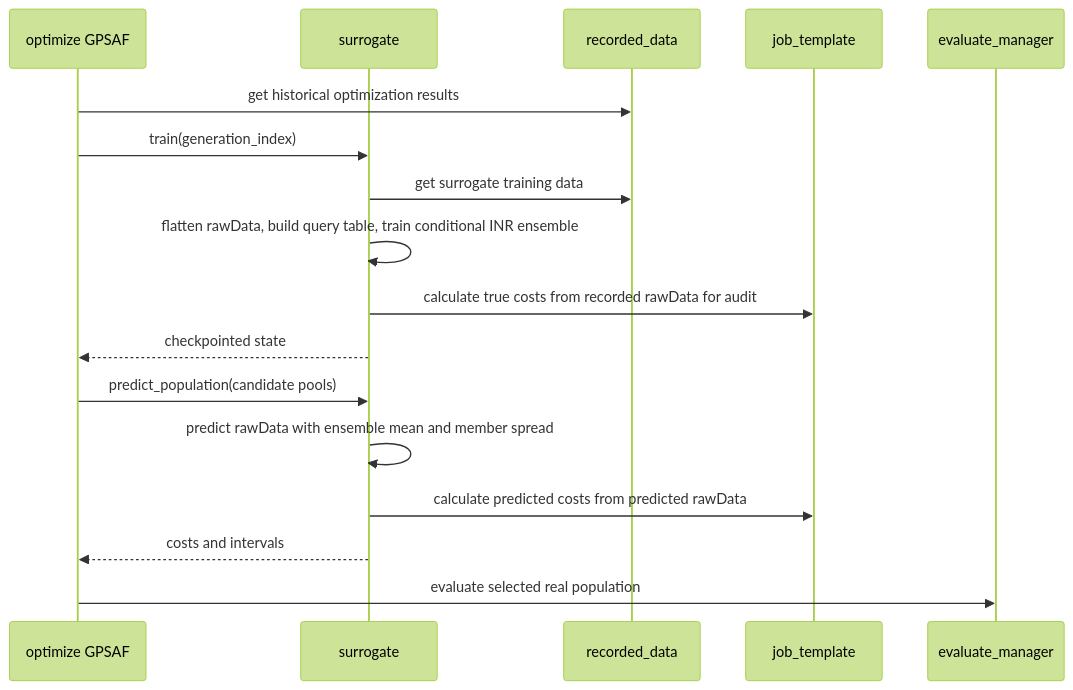
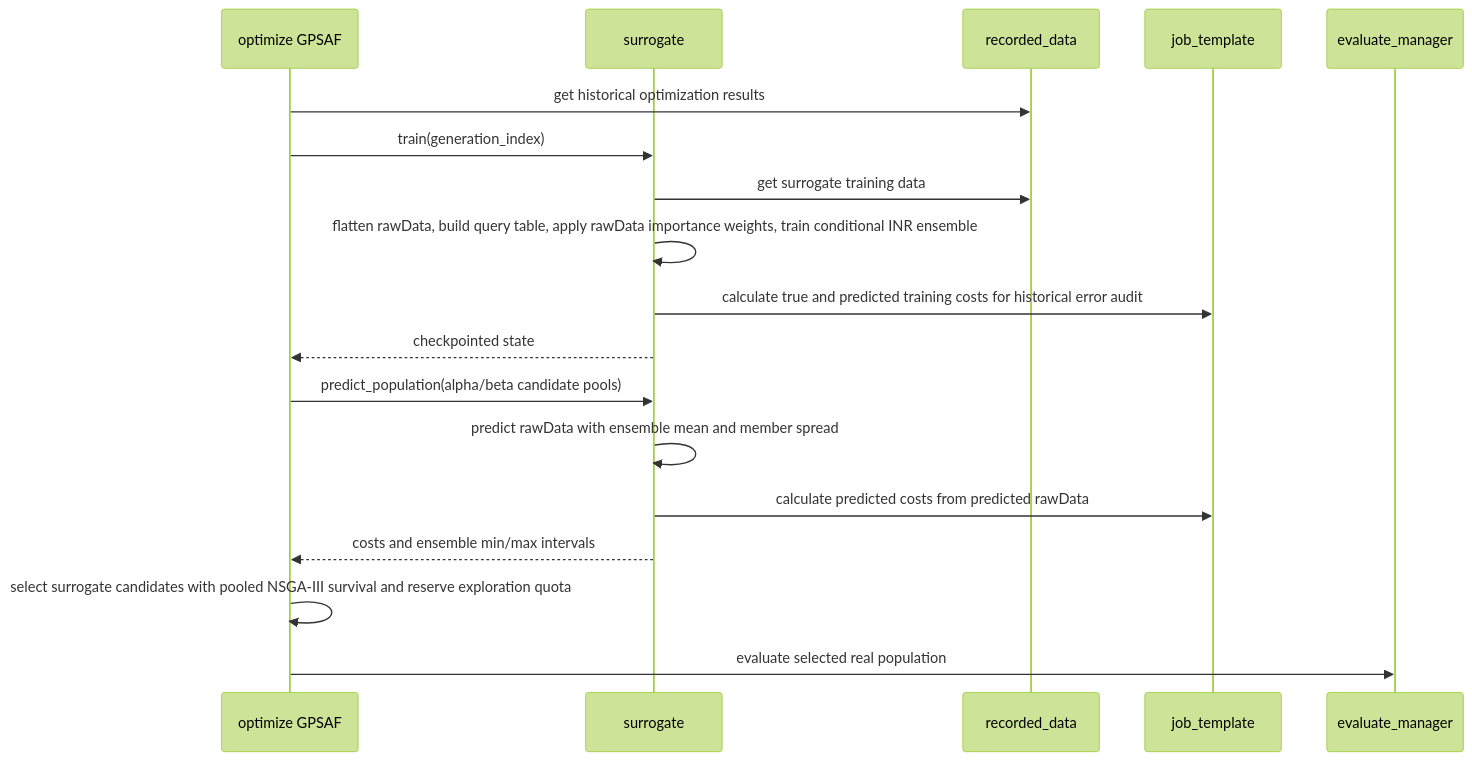
The second of 3 diagrams in dev_doc/architecture/4plus1_process_view.md (YS-Pan/yadof), drawn with Mermaid (forest theme) before and after one commit. The commit also changed other lines of this file and 35 other files, not shown here.

Commit message:
Update surrogate intervals and local evaluation

````diff
--- a/dev_doc/architecture/4plus1_process_view.md
+++ b/dev_doc/architecture/4plus1_process_view.md
@@ -34,20 +34,21 @@
 ```mermaid
 sequenceDiagram
     participant O as optimize GPSAF
     participant S as surrogate
     participant R as recorded_data
     participant T as job_template
     participant E as evaluate_manager
 
     O->>R: get historical optimization results
     O->>S: train(generation_index)
     S->>R: get surrogate training data
-    S->>S: flatten rawData, build query table, train conditional INR ensemble
-    S->>T: calculate true costs from recorded rawData for audit
+    S->>S: flatten rawData, build query table, apply rawData importance weights, train conditional INR ensemble
+    S->>T: calculate true and predicted training costs for historical error audit
     S-->>O: checkpointed state
-    O->>S: predict_population(candidate pools)
+    O->>S: predict_population(alpha/beta candidate pools)
     S->>S: predict rawData with ensemble mean and member spread
     S->>T: calculate predicted costs from predicted rawData
-    S-->>O: costs and intervals
+    S-->>O: costs and ensemble min/max intervals
+    O->>O: select surrogate candidates with pooled NSGA-III survival and reserve exploration quota
     O->>E: evaluate selected real population
 ```
````
